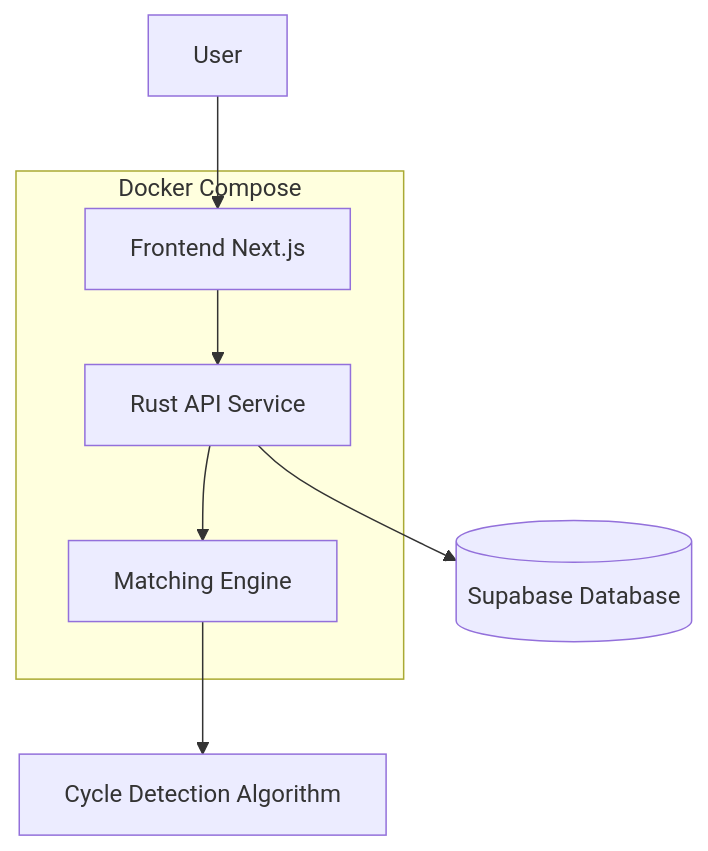
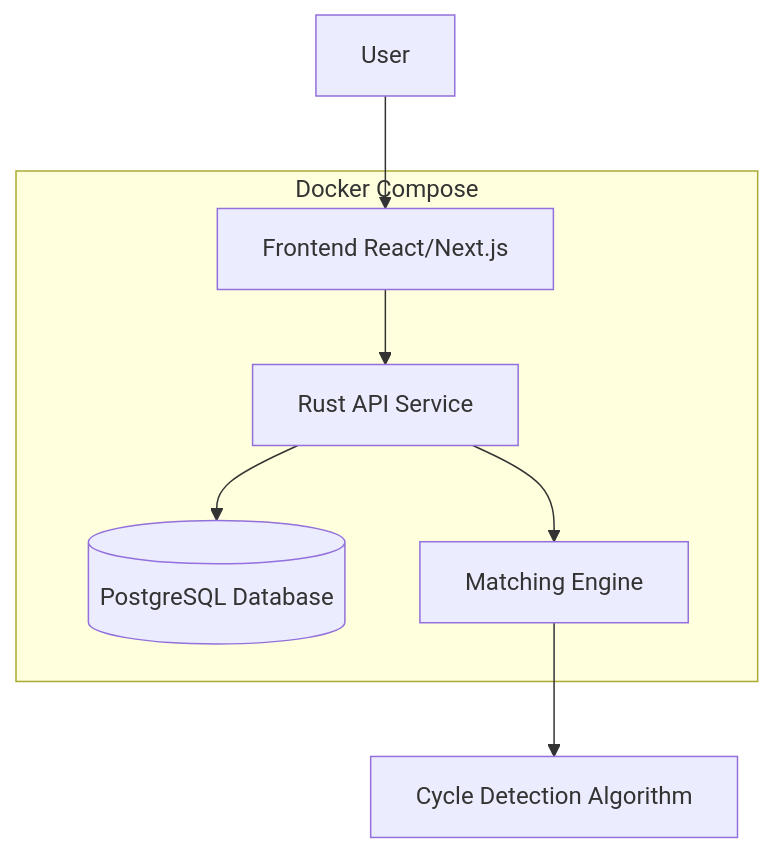
Before and after one commit to iamyugachang/cycle-match: the diagram in README.md, drawn with Mermaid. The commit also changed other lines of this file, not shown here.

````diff
--- a/README.md
+++ b/README.md
@@ -7,14 +7,15 @@
 ```mermaid
 graph TD
-    User[User] --> Frontend[Frontend Next.js]
+    User[User] --> Frontend[Frontend React/Next.js]
     Frontend --> API[Rust API Service]
-    API --> Supabase[(Supabase Database)]
+    API --> Database[(PostgreSQL Database)]
     API --> MatchingEngine[Matching Engine]
     MatchingEngine --> CycleDetection[Cycle Detection Algorithm]
     
     subgraph Docker Compose
         Frontend
         API
         MatchingEngine
+        Database
     end
 ```
````
